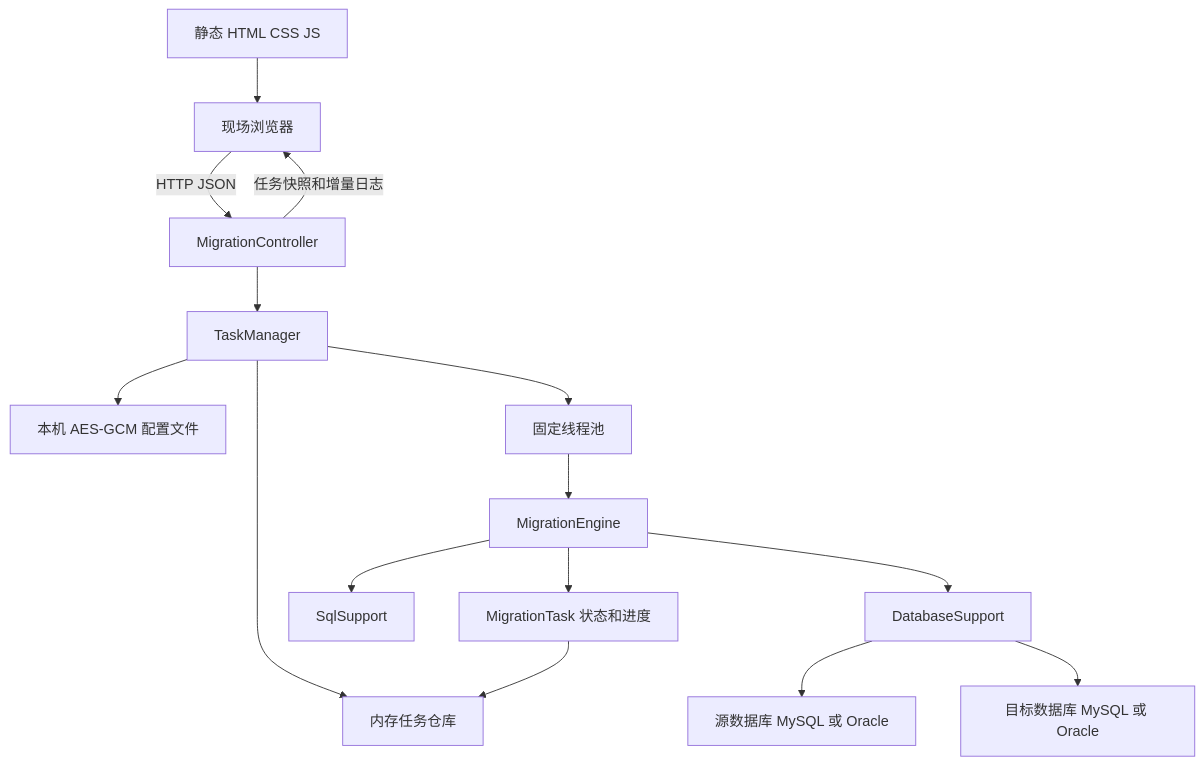
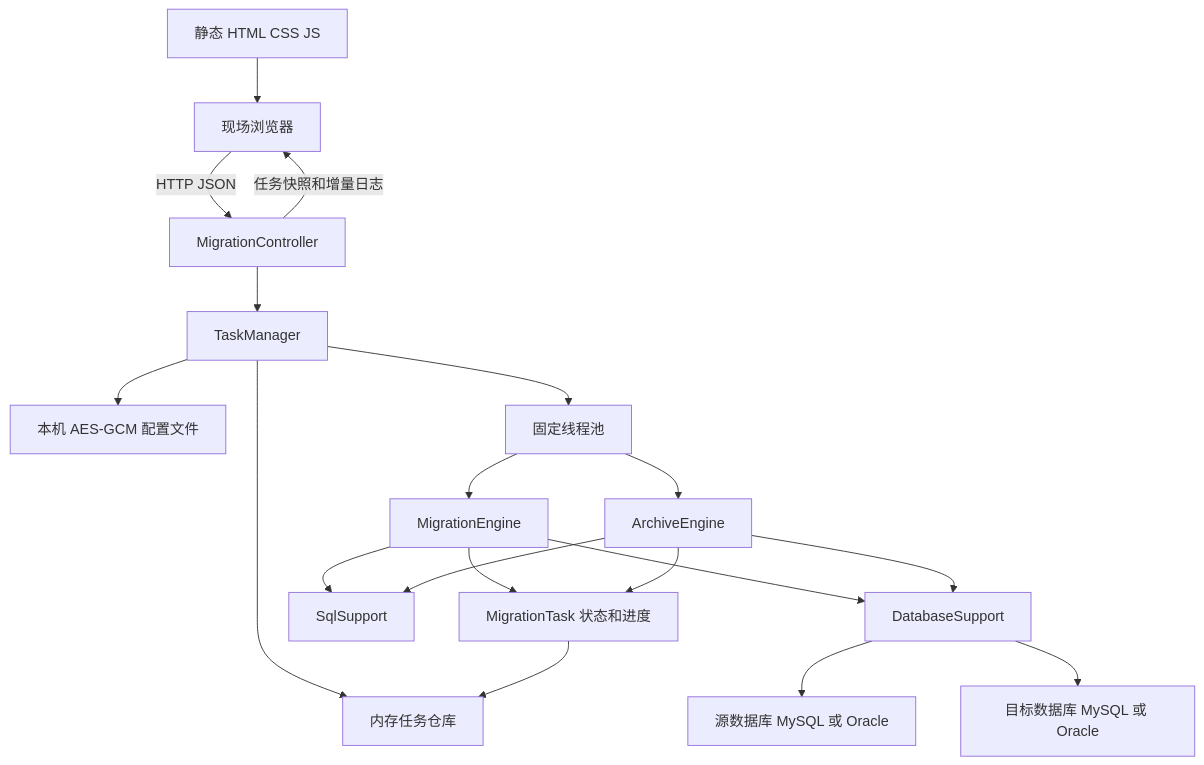
The first of 5 diagrams in docs/开发人员设计说明.md (FlyMeToTheMars911/LightDbMigration), drawn with Mermaid before and after one commit. The commit also changed other lines of this file and 20 other files, not shown here.

````diff
--- a/docs/开发人员设计说明.md
+++ b/docs/开发人员设计说明.md
@@ -96,17 +96,21 @@
 ```mermaid
 graph TD
     A[现场浏览器] -->|HTTP JSON| B[MigrationController]
     B --> C[TaskManager]
     C --> D[内存任务仓库]
     C --> M[本机 AES-GCM 配置文件]
     C --> E[固定线程池]
     E --> F[MigrationEngine]
+    E --> N[ArchiveEngine]
     F --> G[DatabaseSupport]
     F --> H[SqlSupport]
     G --> I[源数据库 MySQL 或 Oracle]
     G --> J[目标数据库 MySQL 或 Oracle]
     F --> K[MigrationTask 状态和进度]
+    N --> G
+    N --> H
+    N --> K
     K --> D
     B -->|任务快照和增量日志| A
     L[静态 HTML CSS JS] --> A
 ```
````
